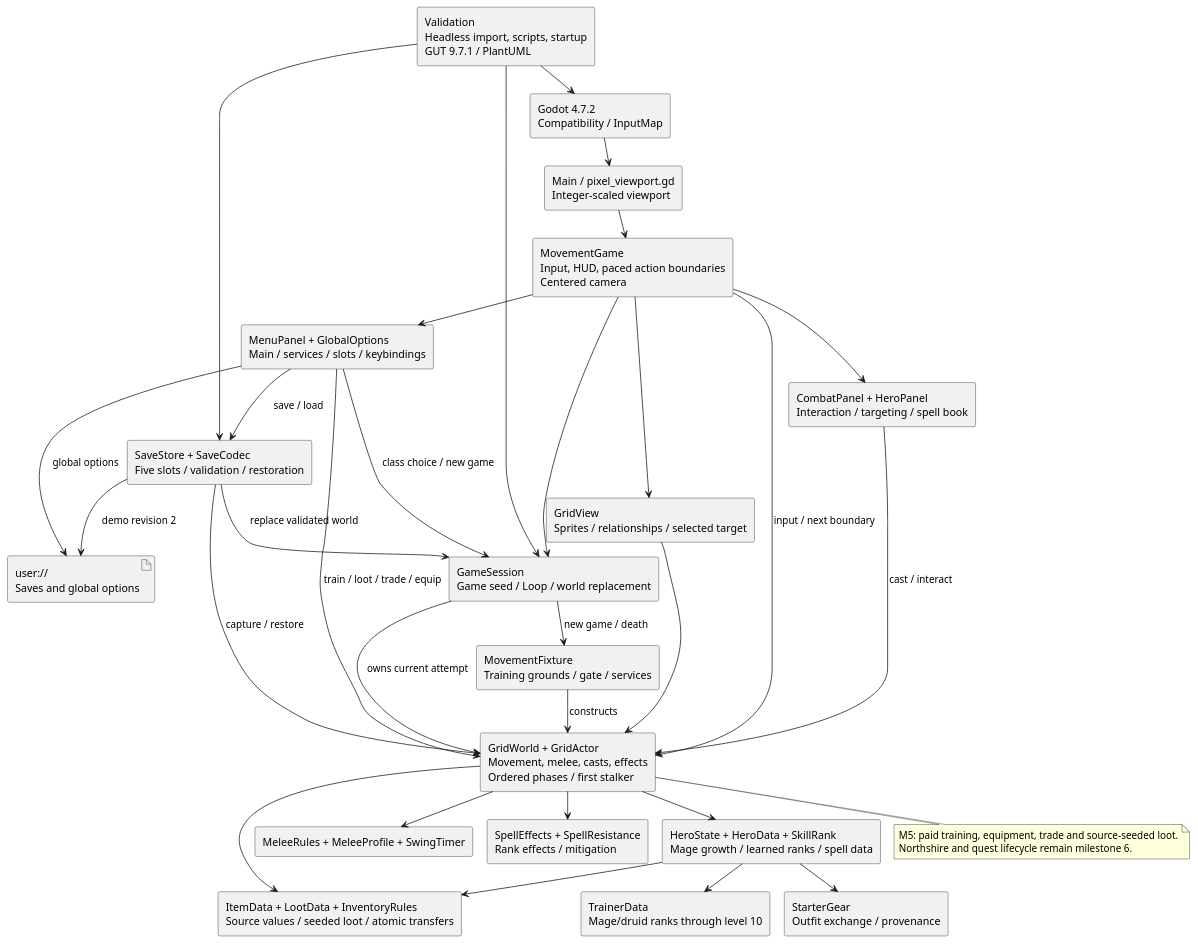
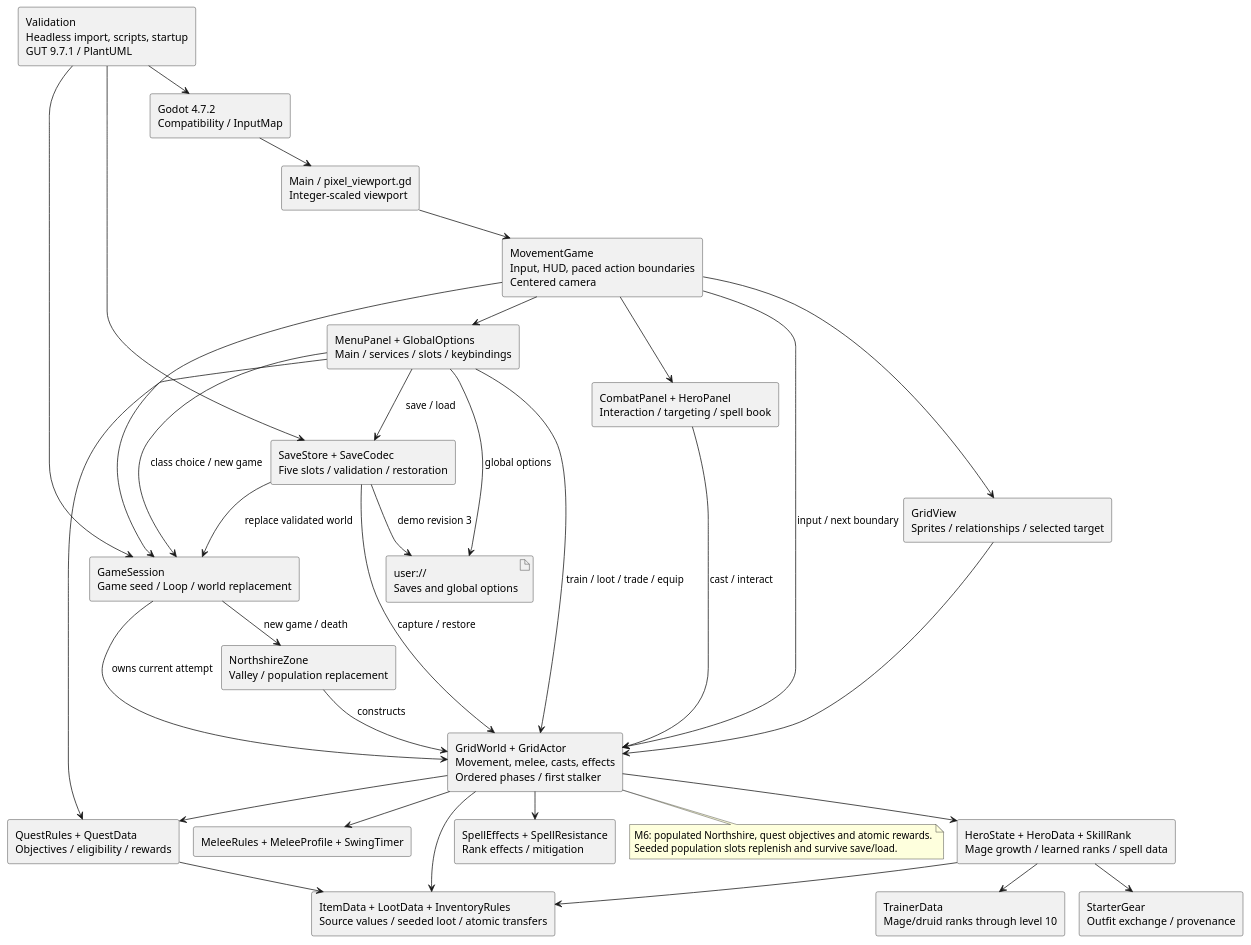
The diagram in docs/architecture/components.puml (VHonzik/Ostinato), drawn with PlantUML before and after one commit. The commit also changed 37 other files, not shown here.

First line of the commit message:
Implement milestone 6: Northshire zone and quests (#6)

```diff
--- a/docs/architecture/components.puml
+++ b/docs/architecture/components.puml
@@ -1,56 +1,60 @@
 @startuml
 !pragma layout smetana
 skinparam componentStyle rectangle
 skinparam shadowing false
 component "Godot 4.7.2\nCompatibility / InputMap" as Godot
 component "Main / pixel_viewport.gd\nInteger-scaled viewport" as Main
 component "MovementGame\nInput, HUD, paced action boundaries\nCentered camera" as Game
 component "GameSession\nGame seed / Loop / world replacement" as Session
 component "GridWorld + GridActor\nMovement, melee, casts, effects\nOrdered phases / first stalker" as World
-component "MovementFixture\nTraining grounds / gate / services" as Fixture
+component "NorthshireZone\nValley / population replacement" as Fixture
+component "QuestRules + QuestData\nObjectives / eligibility / rewards" as Quests
 component "HeroState + HeroData + SkillRank\nMage growth / learned ranks / spell data" as Hero
 component "StarterGear\nOutfit exchange / provenance" as Gear
 component "MeleeRules + MeleeProfile + SwingTimer" as Combat
 component "SpellEffects + SpellResistance\nRank effects / mitigation" as Spells
 component "TrainerData\nMage/druid ranks through level 10" as Training
 component "ItemData + LootData + InventoryRules\nSource values / seeded loot / atomic transfers" as Items
 component "CombatPanel + HeroPanel\nInteraction / targeting / spell book" as Panels
 component "MenuPanel + GlobalOptions\nMain / services / slots / keybindings" as Menu
 component "SaveStore + SaveCodec\nFive slots / validation / restoration" as Saves
 component "GridView\nSprites / relationships / selected target" as View
 component "Validation\nHeadless import, scripts, startup\nGUT 9.7.1 / PlantUML" as Tests
 artifact "user://\nSaves and global options" as Files
 Godot --> Main
 Main --> Game
 Game --> Session
 Session --> Fixture : new game / death
 Fixture --> World : constructs
 Session --> World : owns current attempt
 Game --> World : input / next boundary
 World --> Hero
 Hero --> Gear
 World --> Combat
 World --> Spells
 World --> Items
+World --> Quests
+Menu --> Quests
+Quests --> Items
 Hero --> Items
 Hero --> Training
 Menu --> World : train / loot / trade / equip
 Game --> Panels
 Panels --> World : cast / interact
 Game --> Menu
 Menu --> Session : class choice / new game
 Menu --> Saves : save / load
 Saves --> Session : replace validated world
 Saves --> World : capture / restore
 Menu --> Files : global options
-Saves --> Files : demo revision 2
+Saves --> Files : demo revision 3
 Game --> View
 View --> World
 Tests --> Godot
 Tests --> Session
 Tests --> Saves
 note bottom of World
-M5: paid training, equipment, trade and source-seeded loot.
-Northshire and quest lifecycle remain milestone 6.
+M6: populated Northshire, quest objectives and atomic rewards.
+Seeded population slots replenish and survive save/load.
 end note
 @enduml
```
